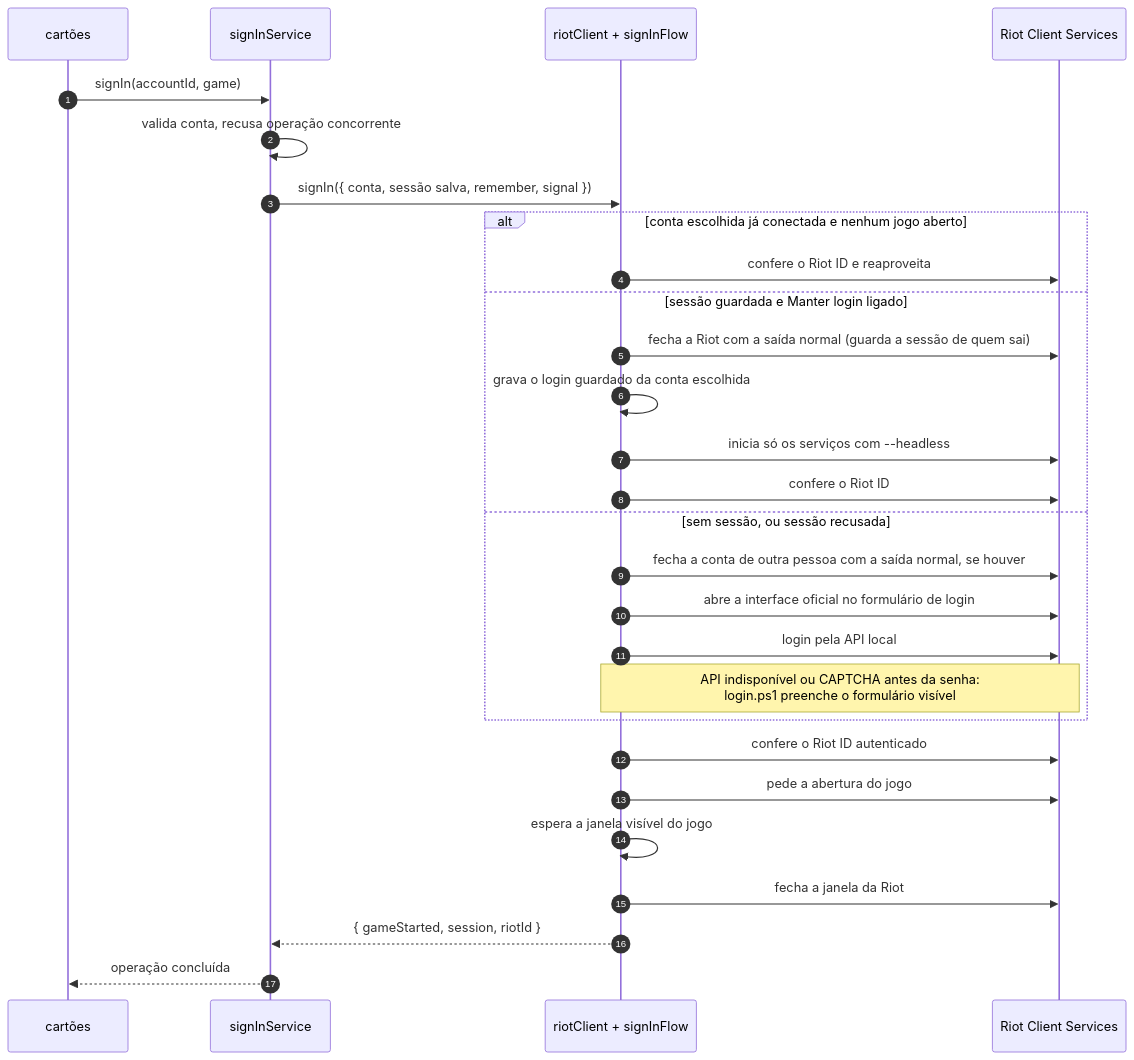
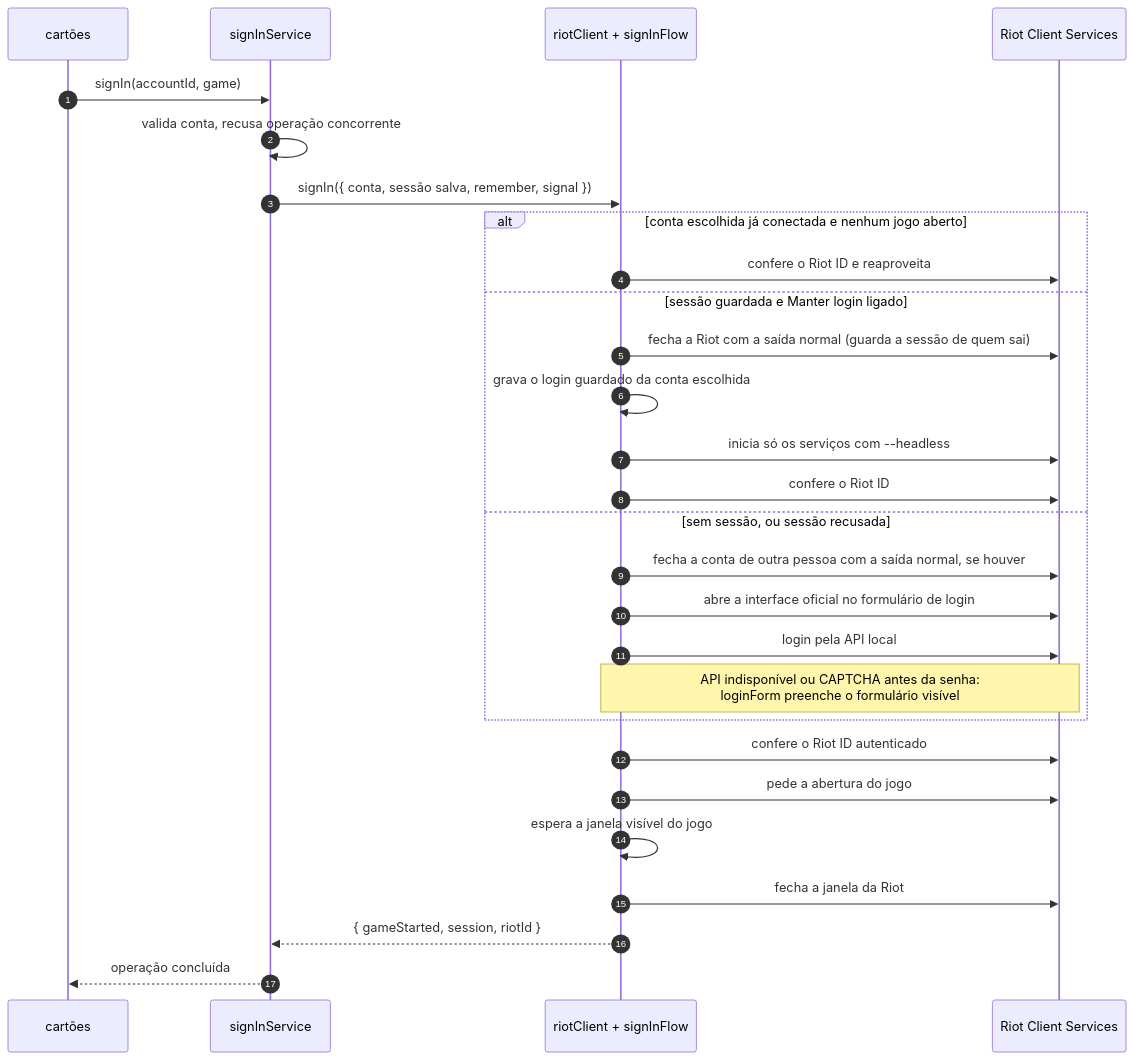
One commit to arthurmchd/eclipse changed the diagram in docs/02 Arquitetura/Fluxo de login.md. Above: the diagram before and after it, drawn with Mermaid. The commit also changed other lines of this file and 140 other files, not shown here.

````diff
--- a/docs/02 Arquitetura/Fluxo de login.md
+++ b/docs/02 Arquitetura/Fluxo de login.md
@@ -10,31 +10,31 @@
 ```mermaid
 sequenceDiagram
   autonumber
   participant UI as cartões
   participant SS as signInService
   participant RC as riotClient + signInFlow
   participant RCS as Riot Client Services
 
   UI->>SS: signIn(accountId, game)
   SS->>SS: valida conta, recusa operação concorrente
   SS->>RC: signIn({ conta, sessão salva, remember, signal })
   alt conta escolhida já conectada e nenhum jogo aberto
     RC->>RCS: confere o Riot ID e reaproveita
   else sessão guardada e Manter login ligado
     RC->>RCS: fecha a Riot com a saída normal (guarda a sessão de quem sai)
     RC->>RC: grava o login guardado da conta escolhida
     RC->>RCS: inicia só os serviços com --headless
     RC->>RCS: confere o Riot ID
   else sem sessão, ou sessão recusada
     RC->>RCS: fecha a conta de outra pessoa com a saída normal, se houver
     RC->>RCS: abre a interface oficial no formulário de login
     RC->>RCS: login pela API local
-    Note over RC,RCS: API indisponível ou CAPTCHA antes da senha:<br/>login.ps1 preenche o formulário visível
+    Note over RC,RCS: API indisponível ou CAPTCHA antes da senha:<br/>loginForm preenche o formulário visível
   end
   RC->>RCS: confere o Riot ID autenticado
   RC->>RCS: pede a abertura do jogo
   RC->>RC: espera a janela visível do jogo
   RC->>RCS: fecha a janela da Riot
   RC-->>SS: { gameStarted, session, riotId }
   SS-->>UI: operação concluída
 ```
````
